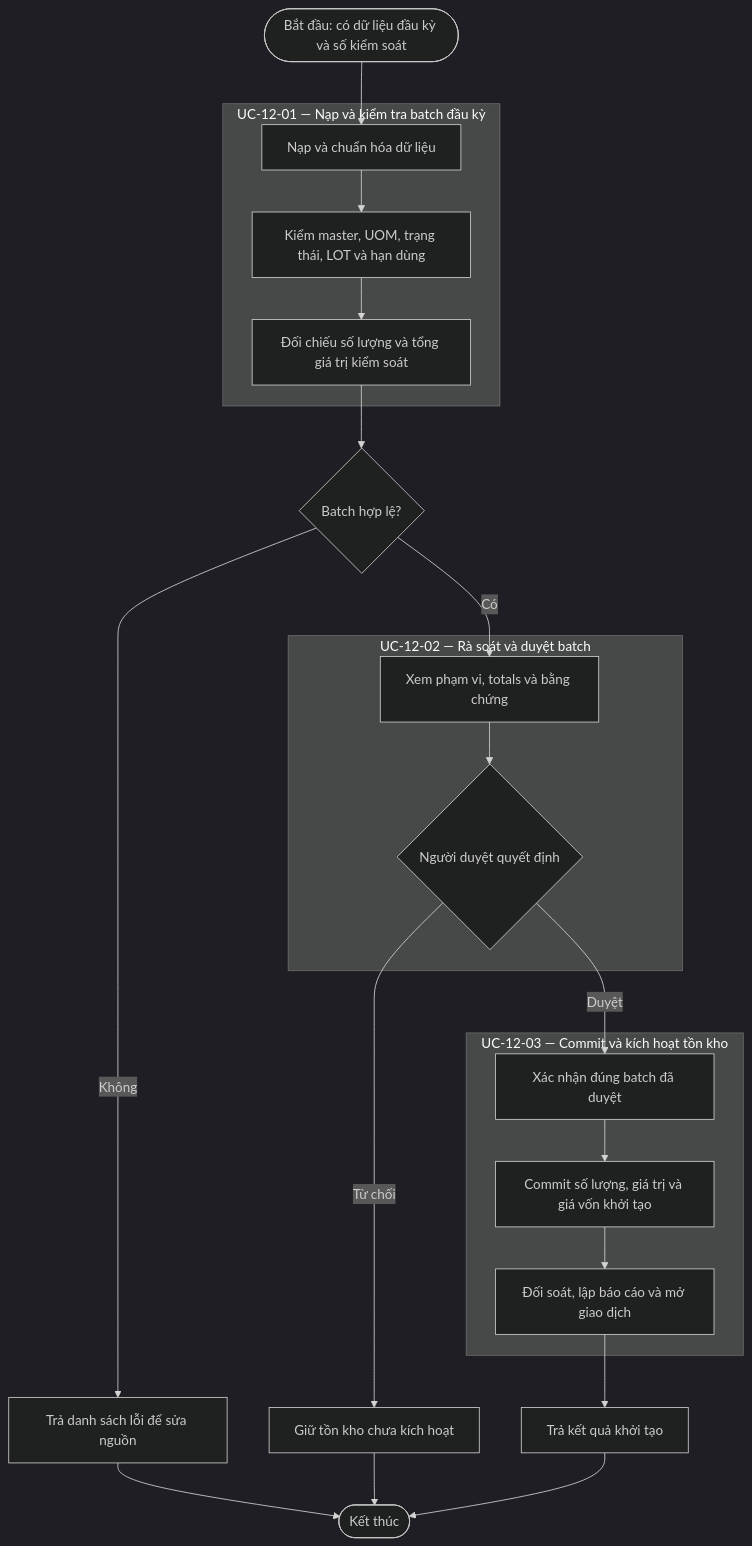
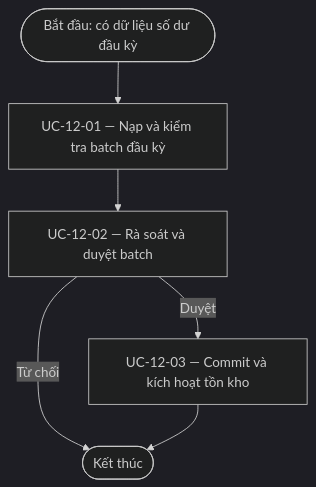
The diagram in specs/themes/theme-07/02.specification/behavior/journeys/BJ-12-khoi-tao-so-du-ton-kho-au-ky.md (DsChien102/erp-sales-inventory), drawn with Mermaid (dark theme) before and after one commit. The commit also changed other lines of this file and 4136 other files, not shown here.

````diff
--- a/specs/themes/theme-07/02.specification/behavior/journeys/BJ-12-khoi-tao-so-du-ton-kho-au-ky.md
+++ b/specs/themes/theme-07/02.specification/behavior/journeys/BJ-12-khoi-tao-so-du-ton-kho-au-ky.md
@@ -51,30 +32,8 @@
 ```mermaid
 flowchart TD
-    S([Bắt đầu: có dữ liệu đầu kỳ và số kiểm soát]) --> U1A
-
-    subgraph U1["UC-12-01 — Nạp và kiểm tra batch đầu kỳ"]
-        U1A[Nạp và chuẩn hóa dữ liệu] --> U1B[Kiểm master, UOM, trạng thái, LOT và hạn dùng]
-        U1B --> U1C[Đối chiếu số lượng và tổng giá trị kiểm soát]
-    end
-
-    U1C --> V{Batch hợp lệ?}
-    V -->|Không| R0[Trả danh sách lỗi để sửa nguồn]
-    V -->|Có| U2A
-
-    subgraph U2["UC-12-02 — Rà soát và duyệt batch"]
-        U2A[Xem phạm vi, totals và bằng chứng] --> U2B{Người duyệt quyết định}
-    end
-
-    U2B -->|Từ chối| R1[Giữ tồn kho chưa kích hoạt]
-    U2B -->|Duyệt| U3A
-
-    subgraph U3["UC-12-03 — Commit và kích hoạt tồn kho"]
-        U3A[Xác nhận đúng batch đã duyệt] --> U3B[Commit số lượng, giá trị và giá vốn khởi tạo]
-        U3B --> U3C[Đối soát, lập báo cáo và mở giao dịch]
-    end
-
-    U3C --> R2[Trả kết quả khởi tạo]
-    R0 --> E([Kết thúc])
-    R1 --> E
-    R2 --> E
+    Begin([Bắt đầu: có dữ liệu số dư đầu kỳ]) --> U1["UC-12-01 — Nạp và kiểm tra batch đầu kỳ"]
+    U1 --> U2["UC-12-02 — Rà soát và duyệt batch"]
+    U2 -->|Duyệt| U3["UC-12-03 — Commit và kích hoạt tồn kho"]
+    U2 -->|Từ chối| End([Kết thúc])
+    U3 --> End
 ```
````
